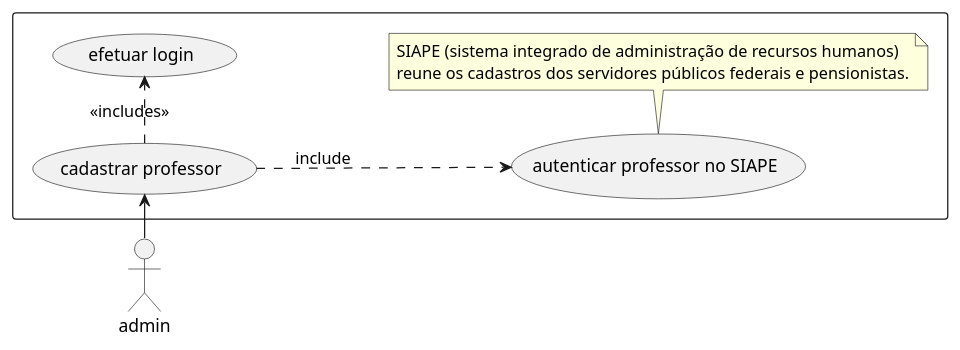
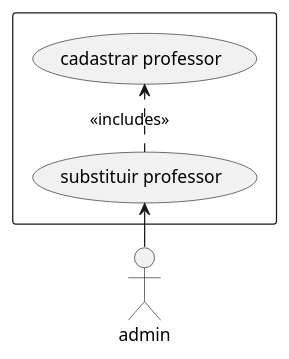
Before and after one commit to rodrigoRolim/CAdiagrams: the diagram in usecase/admin/professor-management.wsd, drawn with PlantUML. The commit also changed 23 other files, not shown here.

```diff
--- a/usecase/admin/professor-management.wsd
+++ b/usecase/admin/professor-management.wsd
@@ -1,14 +1,9 @@
 @startuml
 left to right direction
 skinparam packagestyle rectangle
 actor admin
 rectangle {
-    admin -> (cadastrar professor)
-    (cadastrar professor) ..> (autenticar professor no SIAPE): include
-    note bottom of (autenticar professor no SIAPE)
-        SIAPE (sistema integrado de administração de recursos humanos)
-        reune os cadastros dos servidores públicos federais e pensionistas.
-    end note
-    (cadastrar professor) .> (efetuar login): <<includes>>
+    admin -> (substituir professor)
+    (substituir professor) .> (cadastrar professor): <<includes>>
 }
 @enduml
```
